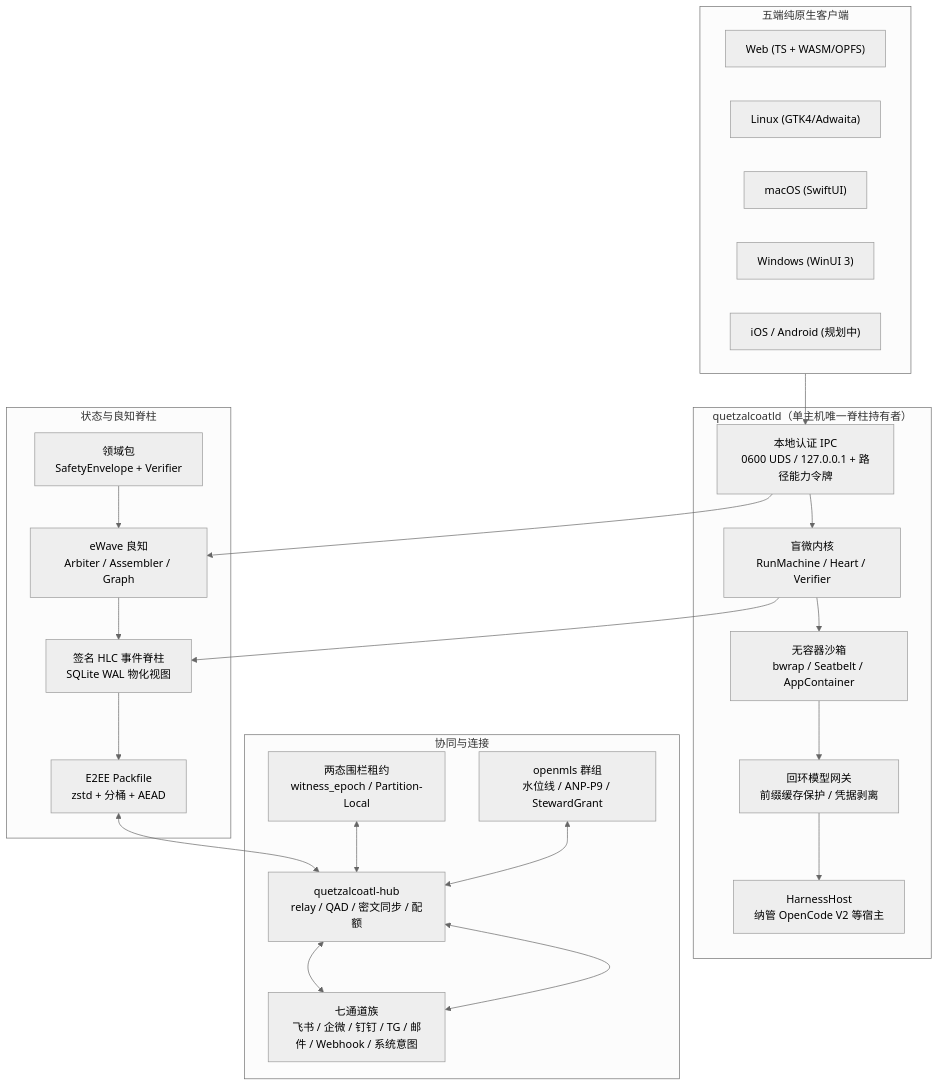
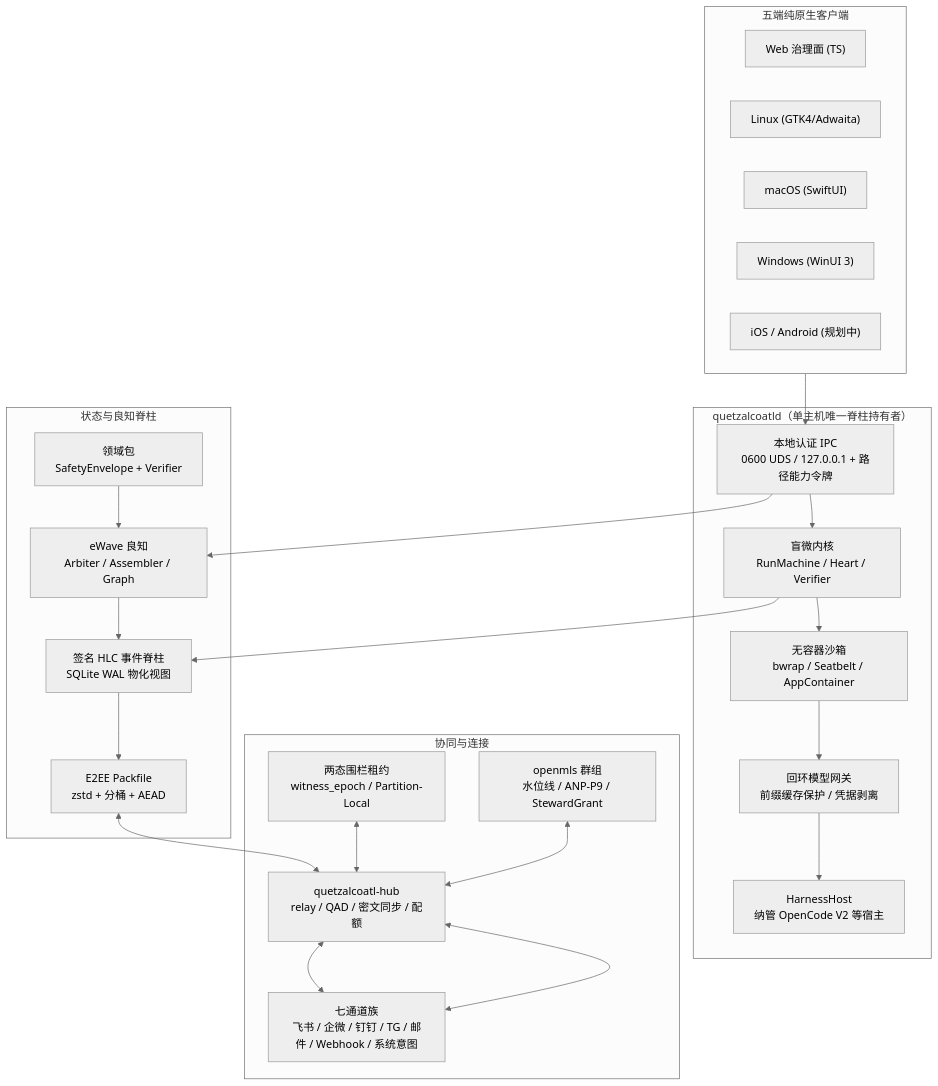
One commit to PlutoKeating/Project.Quetzal changed the diagram in README.md. Above: the diagram before and after it, drawn with Mermaid (neutral theme). The commit also changed other lines of this file and 22 other files, not shown here.

````diff
--- a/README.md
+++ b/README.md
@@ -58,48 +58,48 @@
 ```mermaid
 flowchart TB
   subgraph Clients["五端纯原生客户端"]
-    Web["Web (TS + WASM/OPFS)"]
+    Web["Web 治理面 (TS)"]
     Linux["Linux (GTK4/Adwaita)"]
     Mac["macOS (SwiftUI)"]
     Win["Windows (WinUI 3)"]
     Mobile["iOS / Android (规划中)"]
   end
 
   subgraph Daemon["quetzalcoatld（单主机唯一脊柱持有者）"]
     IPC["本地认证 IPC<br/>0600 UDS / 127.0.0.1 + 路径能力令牌"]
     GW["回环模型网关<br/>前缀缓存保护 / 凭据剥离"]
     Harness["HarnessHost<br/>纳管 OpenCode V2 等宿主"]
     Kernel["盲微内核<br/>RunMachine / Heart / Verifier"]
     Sandbox["无容器沙箱<br/>bwrap / Seatbelt / AppContainer"]
   end
 
   subgraph Core["状态与良知脊柱"]
     Spine["签名 HLC 事件脊柱<br/>SQLite WAL 物化视图"]
     Packs["E2EE Packfile<br/>zstd + 分桶 + AEAD"]
     Ewave["eWave 良知<br/>Arbiter / Assembler / Graph"]
     Domains["领域包<br/>SafetyEnvelope + Verifier"]
   end
 
   subgraph Fabric["协同与连接"]
     Hub["quetzalcoatl-hub<br/>relay / QAD / 密文同步 / 配额"]
     Lease["两态围栏租约<br/>witness_epoch / Partition-Local"]
     Group["openmls 群组<br/>水位线 / ANP-P9 / StewardGrant"]
     Channels["七通道族<br/>飞书 / 企微 / 钉钉 / TG / 邮件 / Webhook / 系统意图"]
   end
 
   Clients --> IPC
   IPC --> Kernel
   IPC --> Ewave
   Kernel --> Sandbox
   Kernel --> Spine
   Sandbox --> GW
   GW --> Harness
   Ewave --> Spine
   Spine --> Packs
   Domains --> Ewave
   Packs <--> Hub
   Lease <--> Hub
   Group <--> Hub
   Channels <--> Hub
   Hub <--> Channels
 ```
````
